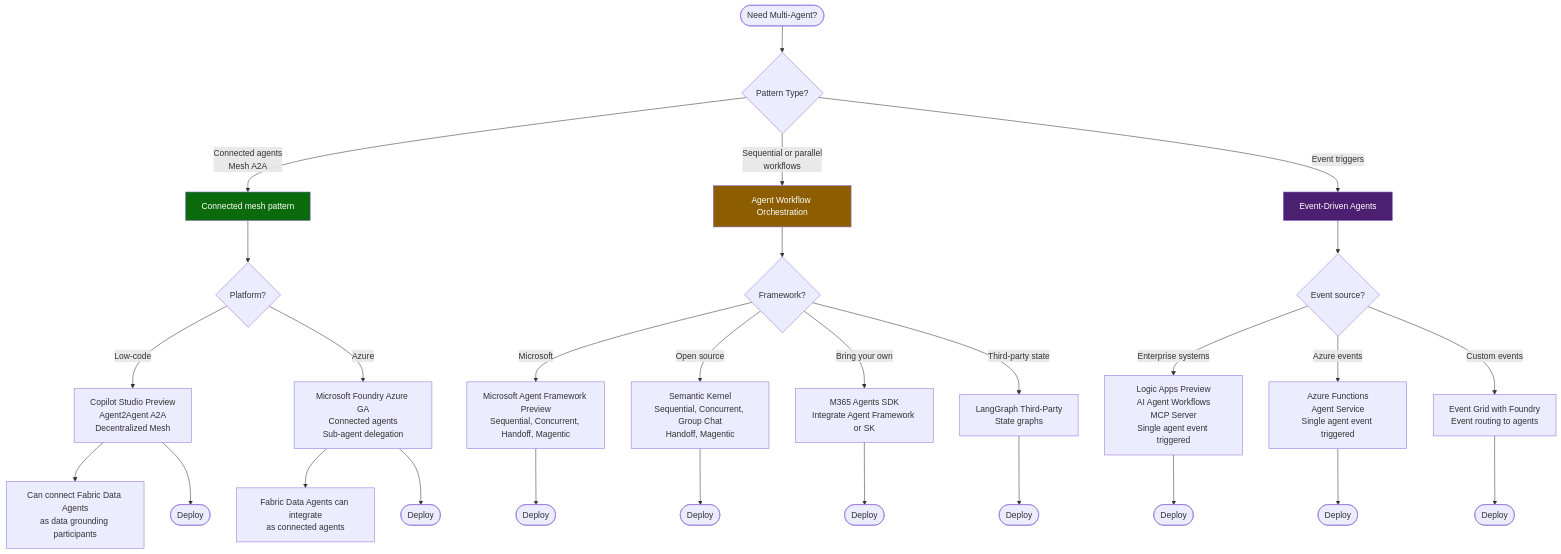
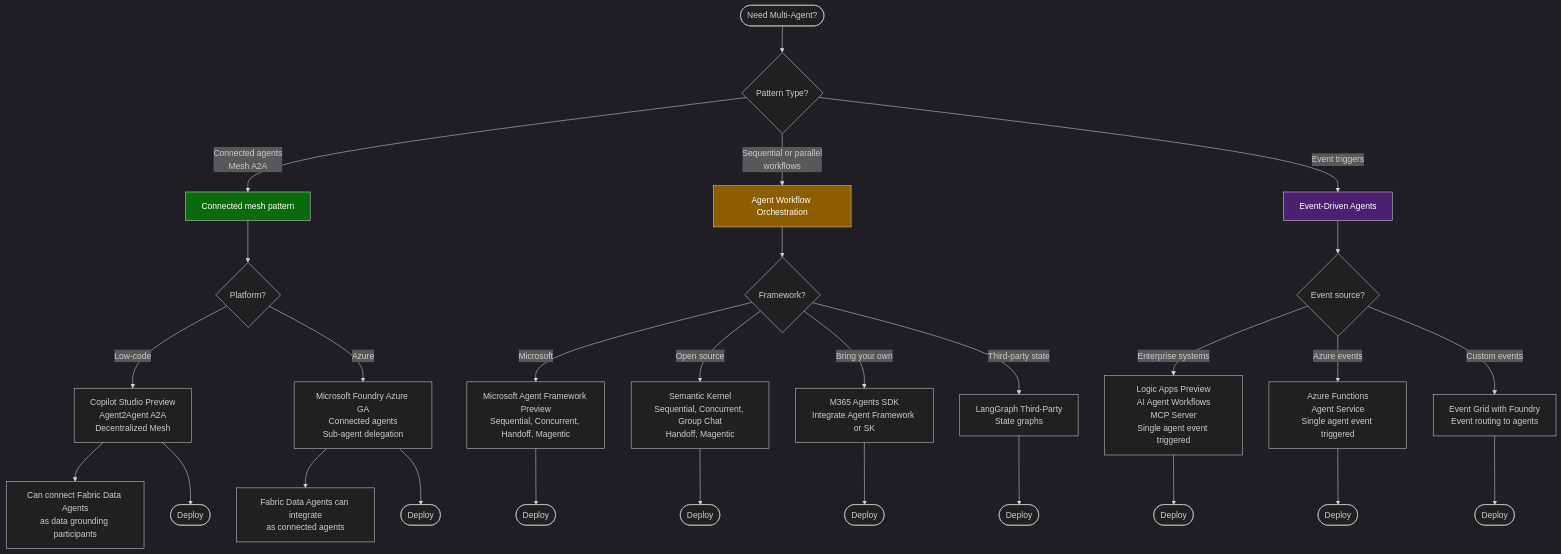
One commit to microsoft/Microsoft-AI-Decision-Framework changed the seventh of 10 diagrams in docs/visual-framework.md. Above: the diagram before and after it, drawn with Mermaid. The commit also changed other lines of this file and 21 other files, not shown here.

First line of the commit message:
feat: add React Flow decision explorer + fix Mermaid theme init

````diff
--- a/docs/visual-framework.md
+++ b/docs/visual-framework.md
@@ -693,40 +698,41 @@
 ```mermaid
+%%{init: {'theme':'dark'}}%%
 flowchart TD
     Start([Need Multi-Agent?]) --> Q1{Pattern Type?}
     
     Q1 -->|Connected agents<br/>Mesh A2A| Connected[Connected mesh pattern]
     Q1 -->|Sequential or parallel<br/>workflows| Workflows[Agent Workflow Orchestration]
     Q1 -->|Event triggers| EventDriven[Event-Driven Agents]
     
     Connected --> C_Platform{Platform?}
     C_Platform -->|Low-code| C_Studio[Copilot Studio Preview<br/>Agent2Agent A2A<br/>Decentralized Mesh]
     C_Platform -->|Azure| C_Foundry[Microsoft Foundry Azure GA<br/>Connected agents<br/>Sub-agent delegation]
     
     Workflows --> W_Framework{Framework?}
     W_Framework -->|Microsoft| W_AgentFW[Microsoft Agent Framework Preview<br/>Sequential, Concurrent, Handoff, Magentic]
     W_Framework -->|Open source| W_SK[Semantic Kernel<br/>Sequential, Concurrent, Group Chat<br/>Handoff, Magentic]
     W_Framework -->|Bring your own| W_SDK[M365 Agents SDK<br/>Integrate Agent Framework or SK]
     W_Framework -->|Third-party state| W_LangGraph[LangGraph Third-Party<br/>State graphs]
     
     EventDriven --> E_Type{Event source?}
     E_Type -->|Enterprise systems| E_Logic[Logic Apps Preview<br/>AI Agent Workflows<br/>MCP Server<br/>Single agent event triggered]
     E_Type -->|Azure events| E_Functions[Azure Functions<br/>Agent Service<br/>Single agent event triggered]
     E_Type -->|Custom events| E_Custom[Event Grid with Foundry<br/>Event routing to agents]
     
     C_Studio --> Note1[Can connect Fabric Data Agents<br/>as data grounding participants]
     C_Foundry --> Note2[Fabric Data Agents can integrate<br/>as connected agents]
     
     C_Studio --> Deploy1([Deploy])
     C_Foundry --> Deploy2([Deploy])
     W_AgentFW --> Deploy3([Deploy])
     W_SK --> Deploy4([Deploy])
     W_SDK --> Deploy5([Deploy])
     W_LangGraph --> Deploy6([Deploy])
     E_Logic --> Deploy7([Deploy])
     E_Functions --> Deploy8([Deploy])
     E_Custom --> Deploy9([Deploy])
     
     style Connected fill:#0b6a0b,color:#fff
     style Workflows fill:#8c5e00,color:#fff
     style EventDriven fill:#4b2070,color:#fff
 ```
````
